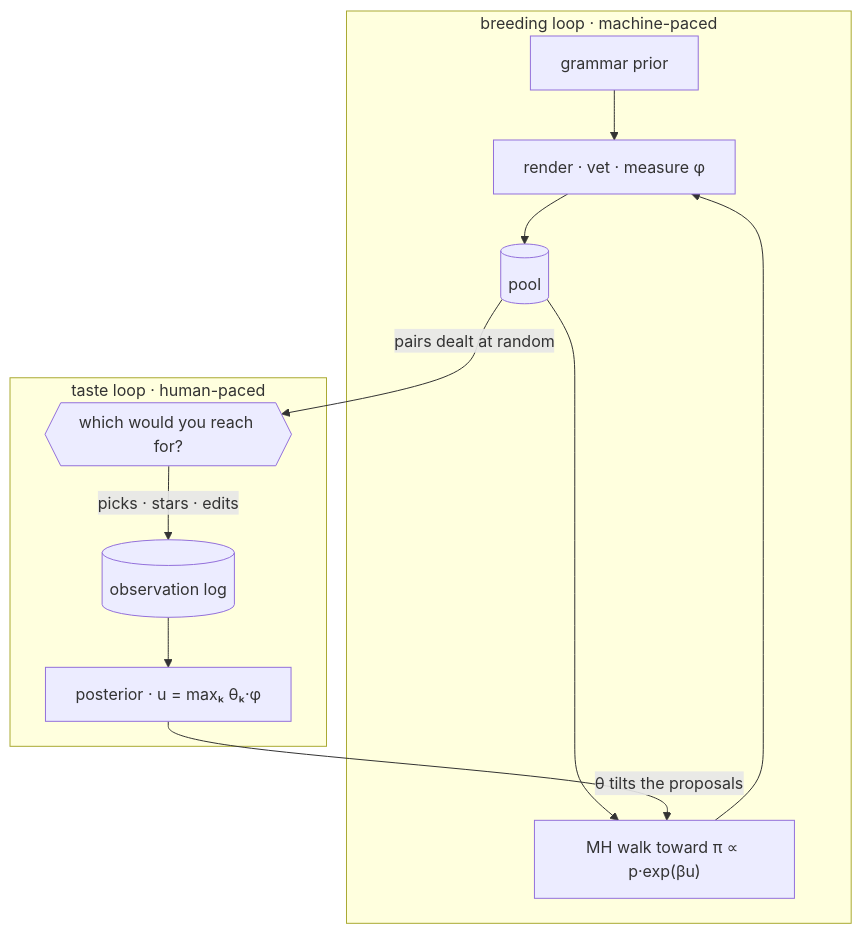
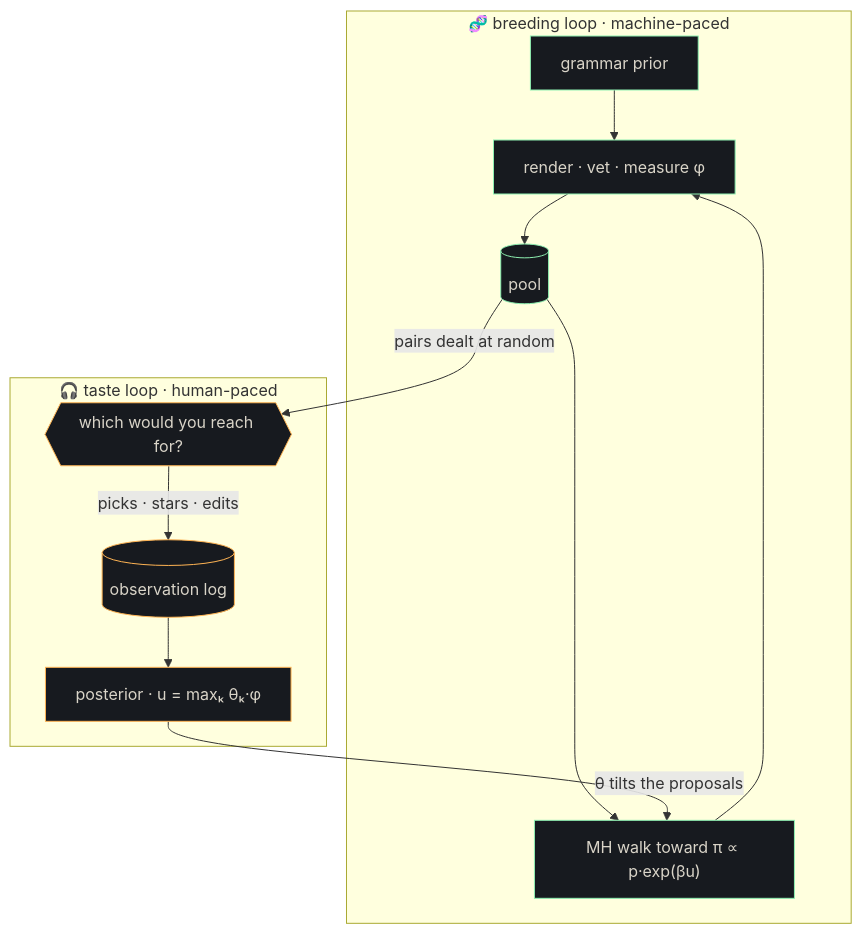
Before and after one commit to alexnodeland/auracle: the first of 2 diagrams in README.md, drawn with Mermaid. The commit also changed other lines of this file and 5 other files, not shown here.

````diff
--- a/README.md
+++ b/README.md
@@ -126,24 +110,29 @@
 ```mermaid
 flowchart TD
-    subgraph patch["breeding loop · machine-paced"]
+    subgraph patch["🧬 breeding loop · machine-paced"]
         prior["grammar prior"]
         vet["render · vet · measure φ"]
         pool[("pool")]
         refine["MH walk toward π ∝ p·exp(βu)"]
         prior --> vet
         vet --> pool
         pool --> refine
         refine --> vet
     end
 
-    subgraph taste["taste loop · human-paced"]
+    subgraph taste["🎧 taste loop · human-paced"]
         pair{{"which would you reach for?"}}
         log[("observation log")]
         post["posterior · u = maxₖ θₖ·φ"]
         pair -->|"picks · stars · edits"| log
         log --> post
     end
 
     pool -->|"pairs dealt at random"| pair
     post -->|"θ tilts the proposals"| refine
+
+    classDef sound fill:#171a1f,stroke:#8ef0b1,color:#d9d4c8
+    classDef mind fill:#171a1f,stroke:#ffb454,color:#d9d4c8
+    class prior,vet,pool,refine sound
+    class pair,log,post mind
 ```
````
